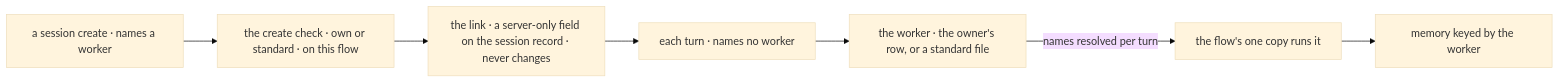
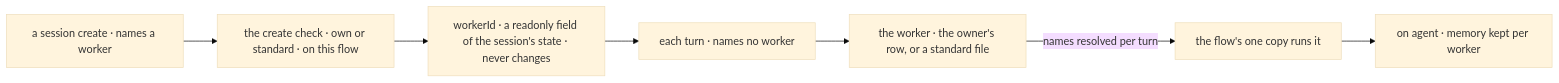
The second of 2 diagrams in specs/issues/FIX-1788/SPEC.md (fixpoint-labs/flow-state-dev), drawn with Mermaid (base theme) before and after one commit. The commit also changed other lines of this file and 9 other files, not shown here.

First line of the commit message:
spec(FIX-1788): amend after merge · bound through readonly starting state; custom-flow privacy is the author's

````diff
--- a/specs/issues/FIX-1788/SPEC.md
+++ b/specs/issues/FIX-1788/SPEC.md
@@ -83,9 +86,9 @@
 ```mermaid
 flowchart LR
   C["a session create · names a worker"] --> K["the create check · own or standard · on this flow"]
-  K --> L["the link · a server-only field on the session record · never changes"]
+  K --> L["workerId · a readonly field of the session's state · never changes"]
   L --> T["each turn · names no worker"]
   T --> W["the worker · the owner's row, or a standard file"]
   W -->|"names resolved per turn"| R["the flow's one copy runs it"]
-  R --> M["memory keyed by the worker"]
+  R --> M["on agent · memory kept per worker"]
 ```
````
